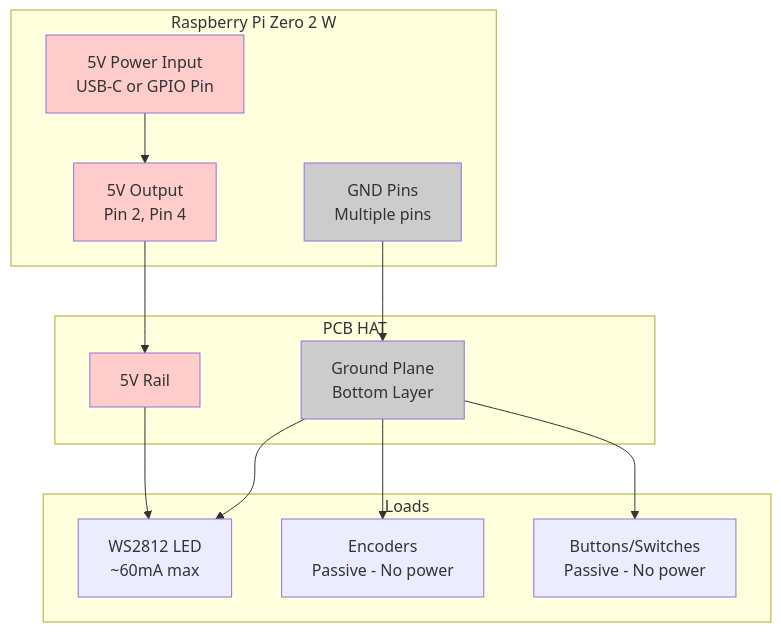
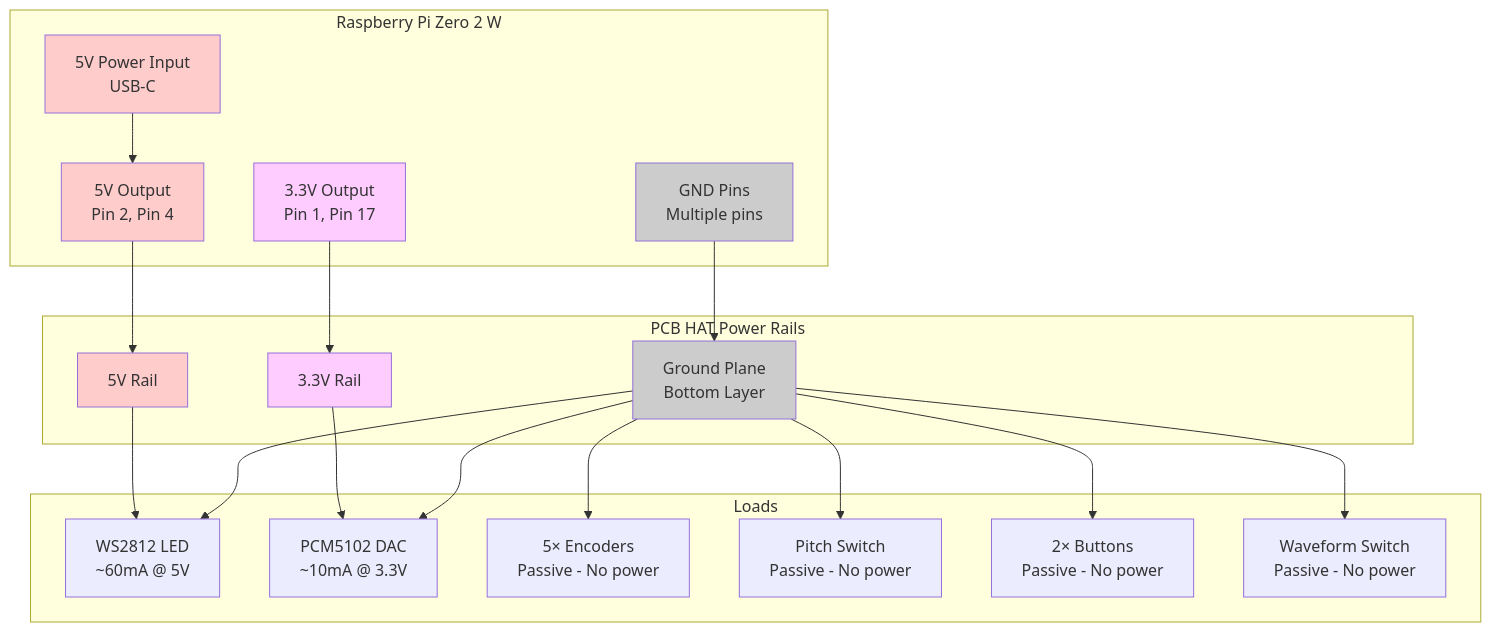
Before and after one commit to parkredding/poor-house-dub-v2: the seventh of 11 diagrams in PCB_SCHEMATIC.md, drawn with Mermaid. The commit also changed other lines of this file and 1 other file, not shown here.

First line of the commit message:
Update CSV and Mermaid schematics for hybrid PCB design

````diff
--- a/PCB_SCHEMATIC.md
+++ b/PCB_SCHEMATIC.md
@@ -264,34 +355,47 @@
 ```mermaid
 graph TD
     subgraph "Raspberry Pi Zero 2 W"
-        PI_5V_IN[5V Power Input<br/>USB-C or GPIO Pin]
+        PI_5V_IN[5V Power Input<br/>USB-C]
         PI_5V_OUT[5V Output<br/>Pin 2, Pin 4]
+        PI_3V3_OUT[3.3V Output<br/>Pin 1, Pin 17]
         PI_GND[GND Pins<br/>Multiple pins]
     end
 
-    subgraph "PCB HAT"
+    subgraph "PCB HAT Power Rails"
         HAT_5V[5V Rail]
+        HAT_3V3[3.3V Rail]
         HAT_GND[Ground Plane<br/>Bottom Layer]
     end
 
     subgraph "Loads"
-        LED_LOAD[WS2812 LED<br/>~60mA max]
-        ENC_PASSIVE[Encoders<br/>Passive - No power]
-        BTN_PASSIVE[Buttons/Switches<br/>Passive - No power]
+        LED_LOAD[WS2812 LED<br/>~60mA @ 5V]
+        DAC_LOAD[PCM5102 DAC<br/>~10mA @ 3.3V]
+        ENC_PASSIVE[5× Encoders<br/>Passive - No power]
+        SW_PASSIVE[Pitch Switch<br/>Passive - No power]
+        BTN_PASSIVE[2× Buttons<br/>Passive - No power]
+        WAVE_PASSIVE[Waveform Switch<br/>Passive - No power]
     end
 
     PI_5V_IN --> PI_5V_OUT
     PI_5V_OUT --> HAT_5V
     HAT_5V --> LED_LOAD
 
+    PI_3V3_OUT --> HAT_3V3
+    HAT_3V3 --> DAC_LOAD
+
     PI_GND --> HAT_GND
     HAT_GND --> LED_LOAD
+    HAT_GND --> DAC_LOAD
     HAT_GND --> ENC_PASSIVE
+    HAT_GND --> SW_PASSIVE
     HAT_GND --> BTN_PASSIVE
+    HAT_GND --> WAVE_PASSIVE
 
     style PI_5V_IN fill:#fcc
     style PI_5V_OUT fill:#fcc
+    style PI_3V3_OUT fill:#fcf
     style HAT_5V fill:#fcc
+    style HAT_3V3 fill:#fcf
     style PI_GND fill:#ccc
     style HAT_GND fill:#ccc
 ```
````
